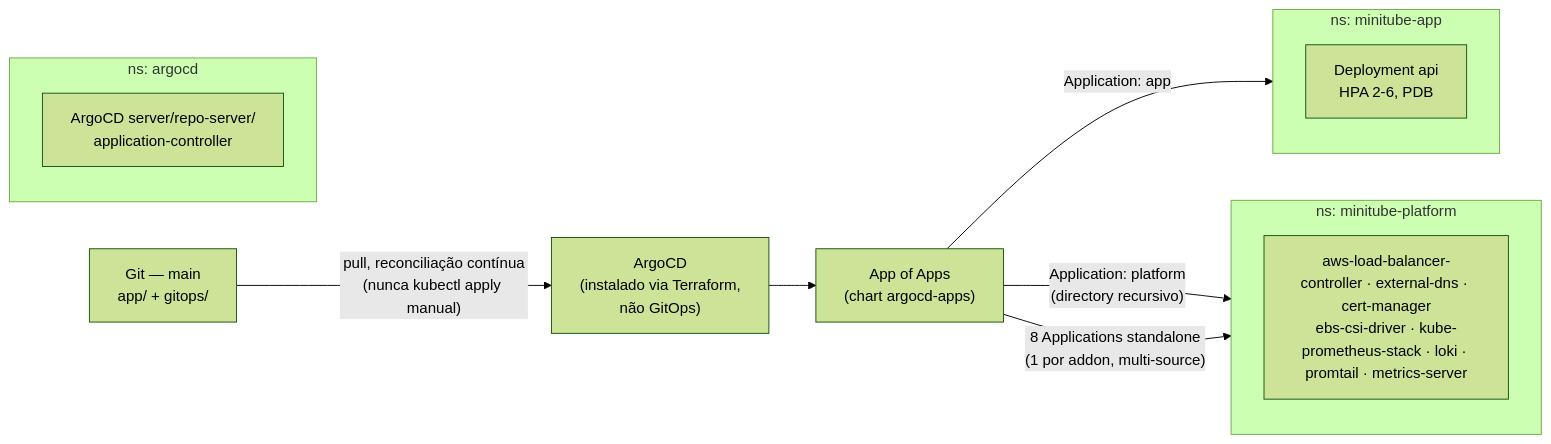
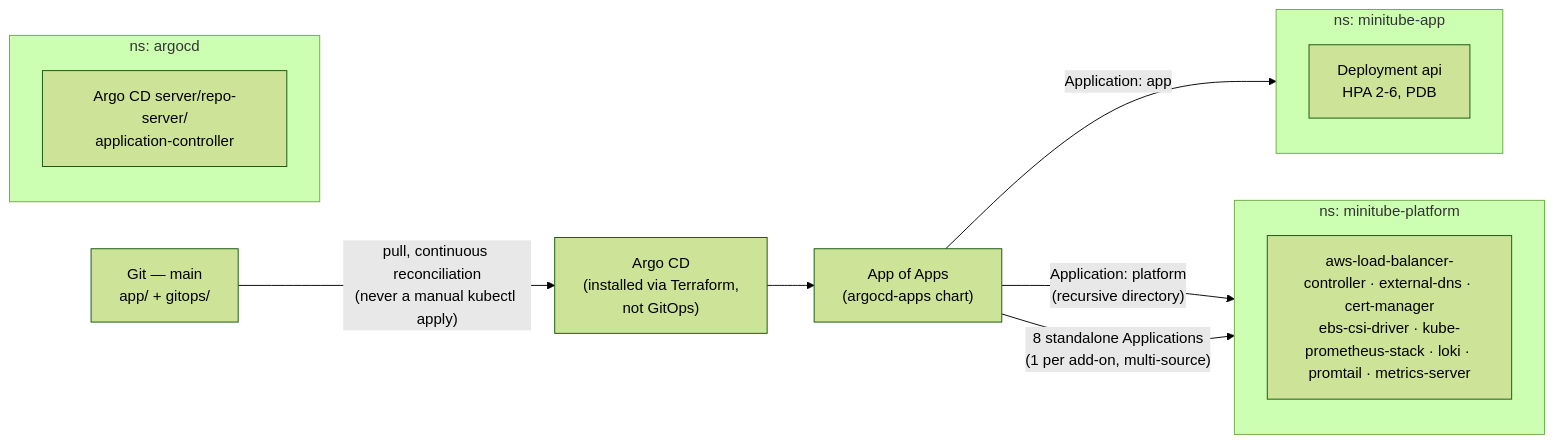
The second of 4 diagrams in docs/architecture.md (alisson92/minitube), drawn with Mermaid (forest theme) before and after one commit. The commit also changed other lines of this file and 12 other files, not shown here.

````diff
--- a/docs/architecture.md
+++ b/docs/architecture.md
@@ -63,25 +63,25 @@
 ```mermaid
 flowchart LR
     Git["Git — main\napp/ + gitops/"]
-    ArgoCD["ArgoCD\n(instalado via Terraform,\nnão GitOps)"]
-    AoA["App of Apps\n(chart argocd-apps)"]
+    ArgoCD["Argo CD\n(installed via Terraform,\nnot GitOps)"]
+    AoA["App of Apps\n(argocd-apps chart)"]
 
-    Git -->|"pull, reconciliação contínua\n(nunca kubectl apply manual)"| ArgoCD
+    Git -->|"pull, continuous reconciliation\n(never a manual kubectl apply)"| ArgoCD
     ArgoCD --> AoA
 
     subgraph NSApp["ns: minitube-app"]
         API["Deployment api\nHPA 2-6, PDB"]
     end
 
     subgraph NSPlat["ns: minitube-platform"]
         Addons["aws-load-balancer-controller · external-dns · cert-manager\nebs-csi-driver · kube-prometheus-stack · loki · promtail · metrics-server"]
     end
 
     subgraph NSArgo["ns: argocd"]
-        Self["ArgoCD server/repo-server/\napplication-controller"]
+        Self["Argo CD server/repo-server/\napplication-controller"]
     end
 
     AoA -->|"Application: app"| NSApp
-    AoA -->|"Application: platform\n(directory recursivo)"| NSPlat
-    AoA -->|"8 Applications standalone\n(1 por addon, multi-source)"| NSPlat
+    AoA -->|"Application: platform\n(recursive directory)"| NSPlat
+    AoA -->|"8 standalone Applications\n(1 per add-on, multi-source)"| NSPlat
 ```
````
